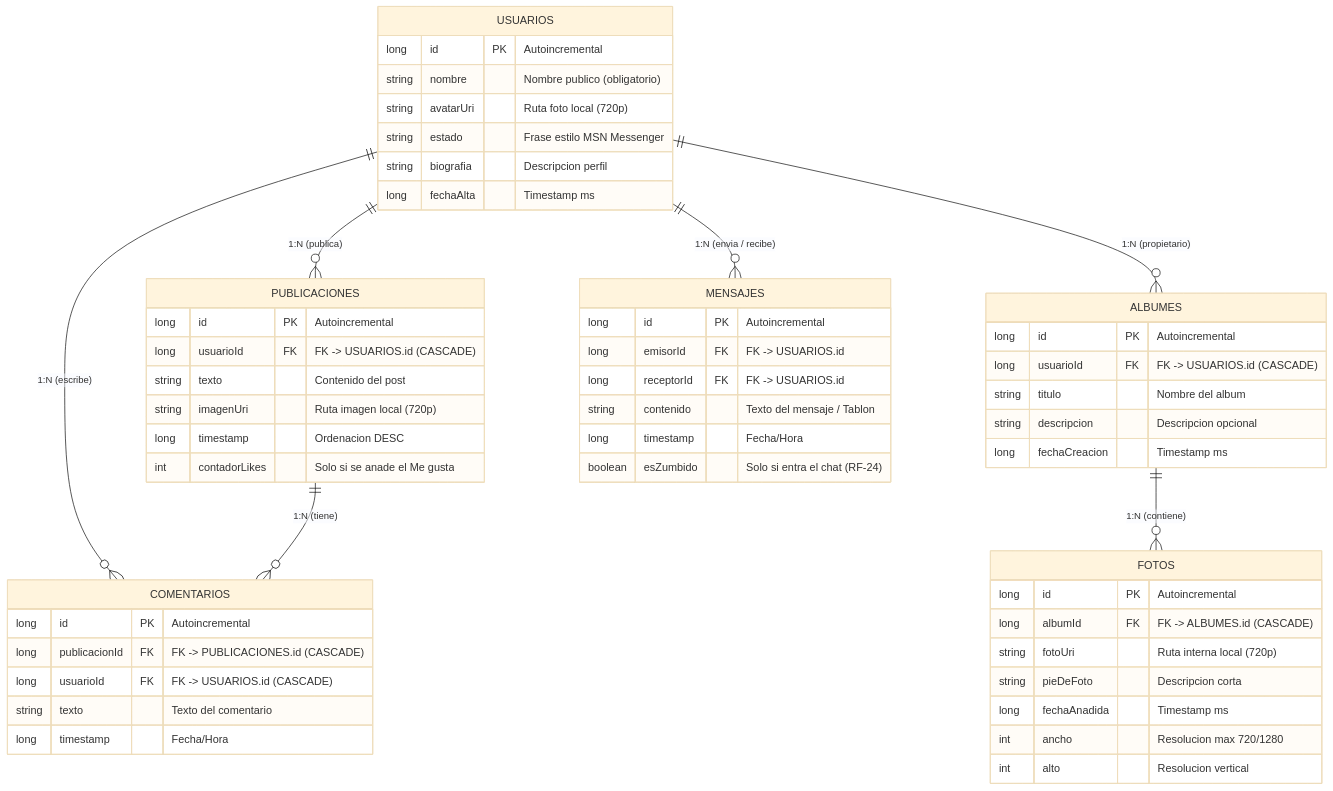
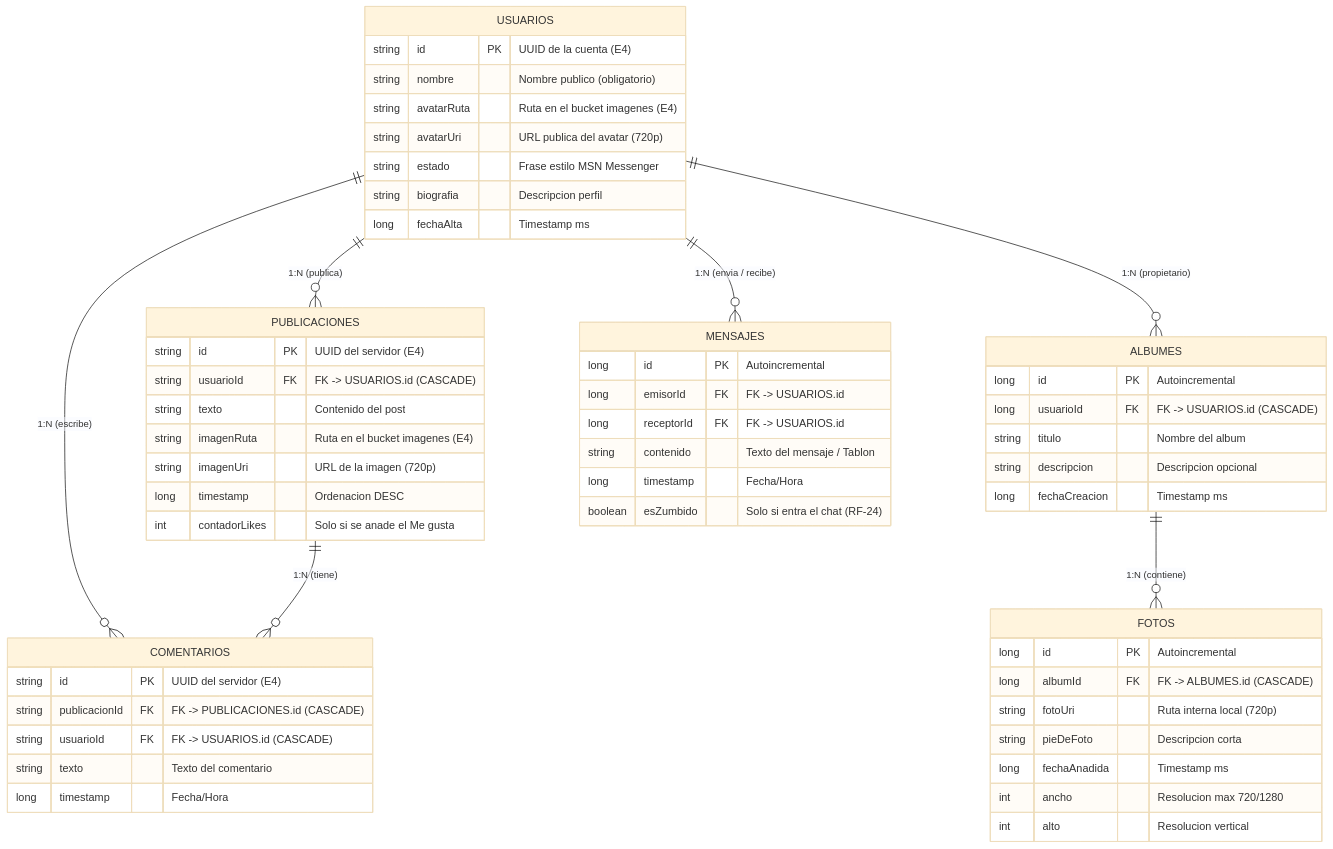
The first of 2 diagrams in docs/datos/esquemadatos.md (yeray06/Retroconver), drawn with Mermaid (base theme) before and after one commit. The commit also changed other lines of this file and 22 other files, not shown here.

First line of the commit message:
Ids del servidor (UUID) en Room y usuario de la sesión (E4-05.1)

````diff
--- a/docs/datos/esquemadatos.md
+++ b/docs/datos/esquemadatos.md
@@ -16,62 +16,64 @@
 ```mermaid
 erDiagram
     USUARIOS ||--o{ PUBLICACIONES : "1:N (publica)"
     USUARIOS ||--o{ COMENTARIOS : "1:N (escribe)"
     USUARIOS ||--o{ ALBUMES : "1:N (propietario)"
     USUARIOS ||--o{ MENSAJES : "1:N (envia / recibe)"
     PUBLICACIONES ||--o{ COMENTARIOS : "1:N (tiene)"
     ALBUMES ||--o{ FOTOS : "1:N (contiene)"
 
     USUARIOS {
-        long id PK "Autoincremental"
+        string id PK "UUID de la cuenta (E4)"
         string nombre "Nombre publico (obligatorio)"
-        string avatarUri "Ruta foto local (720p)"
+        string avatarRuta "Ruta en el bucket imagenes (E4)"
+        string avatarUri "URL publica del avatar (720p)"
         string estado "Frase estilo MSN Messenger"
         string biografia "Descripcion perfil"
         long fechaAlta "Timestamp ms"
     }
 
     PUBLICACIONES {
-        long id PK "Autoincremental"
-        long usuarioId FK "FK -> USUARIOS.id (CASCADE)"
+        string id PK "UUID del servidor (E4)"
+        string usuarioId FK "FK -> USUARIOS.id (CASCADE)"
         string texto "Contenido del post"
-        string imagenUri "Ruta imagen local (720p)"
+        string imagenRuta "Ruta en el bucket imagenes (E4)"
+        string imagenUri "URL de la imagen (720p)"
         long timestamp "Ordenacion DESC"
         int contadorLikes "Solo si se anade el Me gusta"
     }
 
     COMENTARIOS {
-        long id PK "Autoincremental"
-        long publicacionId FK "FK -> PUBLICACIONES.id (CASCADE)"
-        long usuarioId FK "FK -> USUARIOS.id (CASCADE)"
+        string id PK "UUID del servidor (E4)"
+        string publicacionId FK "FK -> PUBLICACIONES.id (CASCADE)"
+        string usuarioId FK "FK -> USUARIOS.id (CASCADE)"
         string texto "Texto del comentario"
         long timestamp "Fecha/Hora"
     }
 
     ALBUMES {
         long id PK "Autoincremental"
         long usuarioId FK "FK -> USUARIOS.id (CASCADE)"
         string titulo "Nombre del album"
         string descripcion "Descripcion opcional"
         long fechaCreacion "Timestamp ms"
     }
 
     FOTOS {
         long id PK "Autoincremental"
         long albumId FK "FK -> ALBUMES.id (CASCADE)"
         string fotoUri "Ruta interna local (720p)"
         string pieDeFoto "Descripcion corta"
         long fechaAnadida "Timestamp ms"
         int ancho "Resolucion max 720/1280"
         int alto "Resolucion vertical"
     }
 
     MENSAJES {
         long id PK "Autoincremental"
         long emisorId FK "FK -> USUARIOS.id"
         long receptorId FK "FK -> USUARIOS.id"
         string contenido "Texto del mensaje / Tablon"
         long timestamp "Fecha/Hora"
         boolean esZumbido "Solo si entra el chat (RF-24)"
     }
 ```
````
